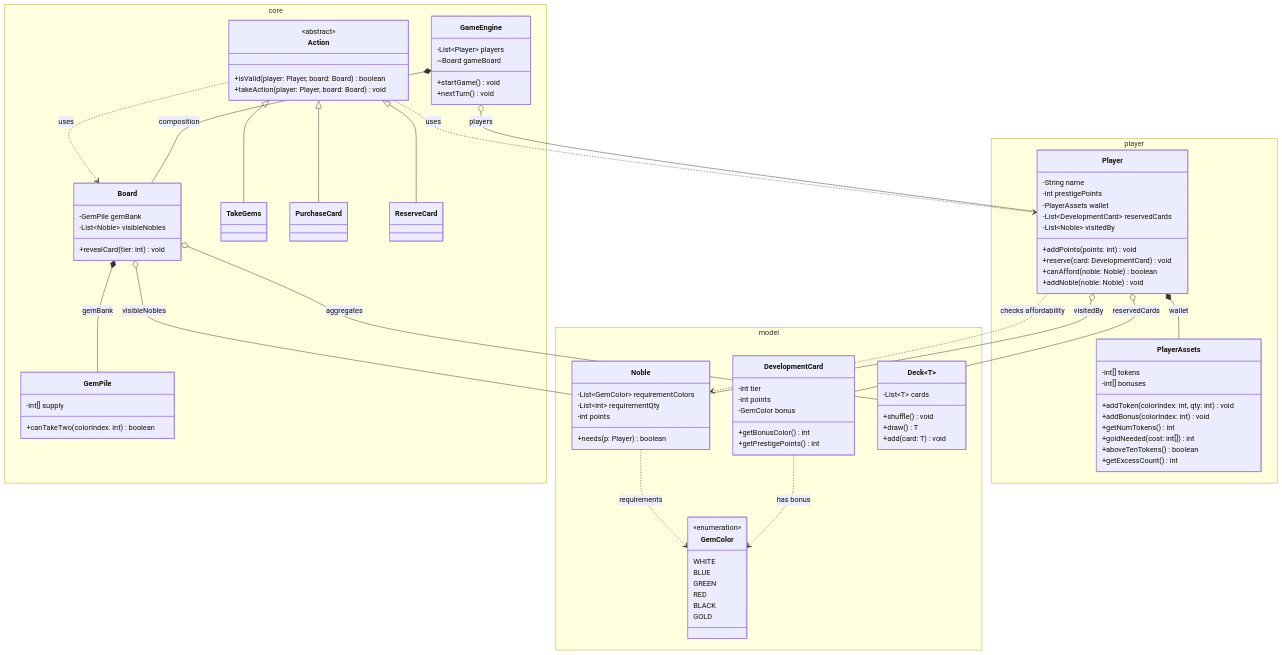
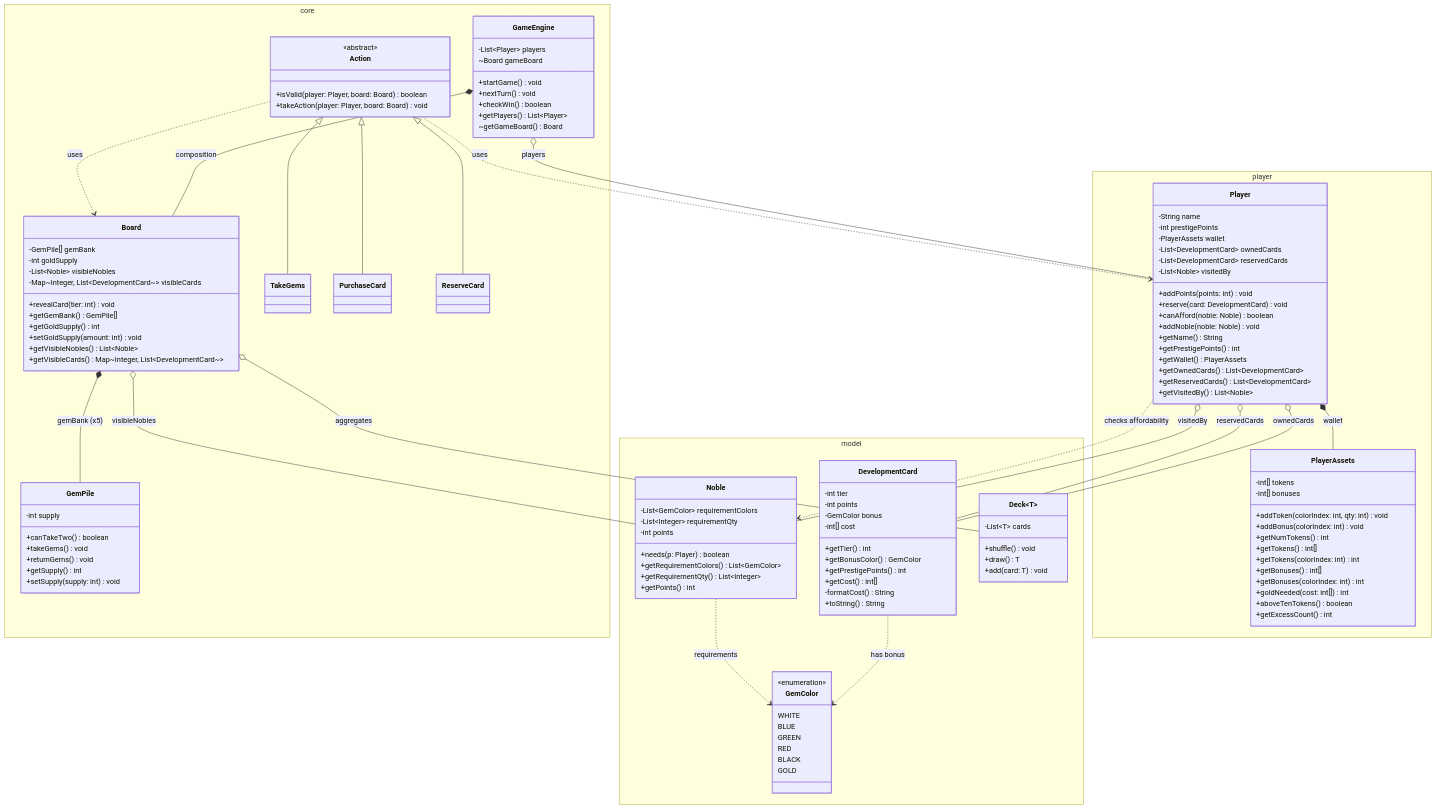
One commit to raetan2023/cs102-splendor-project changed the diagram in docs/uml_breakdown.md. Above: the diagram before and after it, drawn with Mermaid. The commit also changed other lines of this file, not shown here.

```diff
--- a/docs/uml_breakdown.md
+++ b/docs/uml_breakdown.md
@@ -205,7 +247,7 @@
     %% Relationships - Core
     GameEngine *-- Board : composition
     GameEngine o-- Player : players
-    Board *-- GemPile : gemBank
+    Board *-- GemPile : gemBank (x5)
     Board o-- Noble : visibleNobles
     Board o-- Deck : aggregates
 
@@ -215,6 +257,7 @@
 
     %% Relationships - Player
     Player *-- PlayerAssets : wallet
+    Player o-- DevelopmentCard : ownedCards
     Player o-- DevelopmentCard : reservedCards
     Player o-- Noble : visitedBy
 
@@ -231,44 +274,73 @@
         ~Board gameBoard
         +startGame() void
         +nextTurn() void
+        +checkWin() boolean
+        +getPlayers() List~Player~
+        ~getGameBoard() Board
     }
 
     class GemPile {
-        -int[] supply
-        +canTakeTwo(colorIndex: int) boolean
+        -int supply
+        +canTakeTwo() boolean
+        +takeGems() void
+        +returnGems() void
+        +getSupply() int
+        +setSupply(supply: int) void
     }
 
     class Board {
-        -GemPile gemBank
+        -GemPile[] gemBank
+        -int goldSupply
         -List~Noble~ visibleNobles
+        -Map~Integer, List~DevelopmentCard~~ visibleCards
         +revealCard(tier: int) void
+        +getGemBank() GemPile[]
+        +getGoldSupply() int
+        +setGoldSupply(amount: int) void
+        +getVisibleNobles() List~Noble~
+        +getVisibleCards() Map~Integer, List~DevelopmentCard~~
     }
 
     class DevelopmentCard {
         -int tier
         -int points
         -GemColor bonus
-        +getBonusColor() int
+        -int[] cost
+        +getTier() int
+        +getBonusColor() GemColor
         +getPrestigePoints() int
+        +getCost() int[]
+        -formatCost() String
+        +toString() String
     }
 
     class Noble {
         -List~GemColor~ requirementColors
-        -List~int~ requirementQty
+        -List~Integer~ requirementQty
         -int points
         +needs(p: Player) boolean
+        +getRequirementColors() List~GemColor~
+        +getRequirementQty() List~Integer~
+        +getPoints() int
     }
 
     class Player {
         -String name
         -int prestigePoints
         -PlayerAssets wallet
+        -List~DevelopmentCard~ ownedCards
         -List~DevelopmentCard~ reservedCards
         -List~Noble~ visitedBy
         +addPoints(points: int) void
         +reserve(card: DevelopmentCard) void
         +canAfford(noble: Noble) boolean
         +addNoble(noble: Noble) void
+        +getName() String
+        +getPrestigePoints() int
+        +getWallet() PlayerAssets
+        +getOwnedCards() List~DevelopmentCard~
+        +getReservedCards() List~DevelopmentCard~
+        +getVisitedBy() List~Noble~
     }
 
     class PlayerAssets {
@@ -277,6 +349,10 @@
         +addToken(colorIndex: int, qty: int) void
         +addBonus(colorIndex: int) void
         +getNumTokens() int
+        +getTokens() int[]
+        +getTokens(colorIndex: int) int
+        +getBonuses() int[]
+        +getBonuses(colorIndex: int) int
         +goldNeeded(cost: int[]) int
         +aboveTenTokens() boolean
         +getExcessCount() int
```
